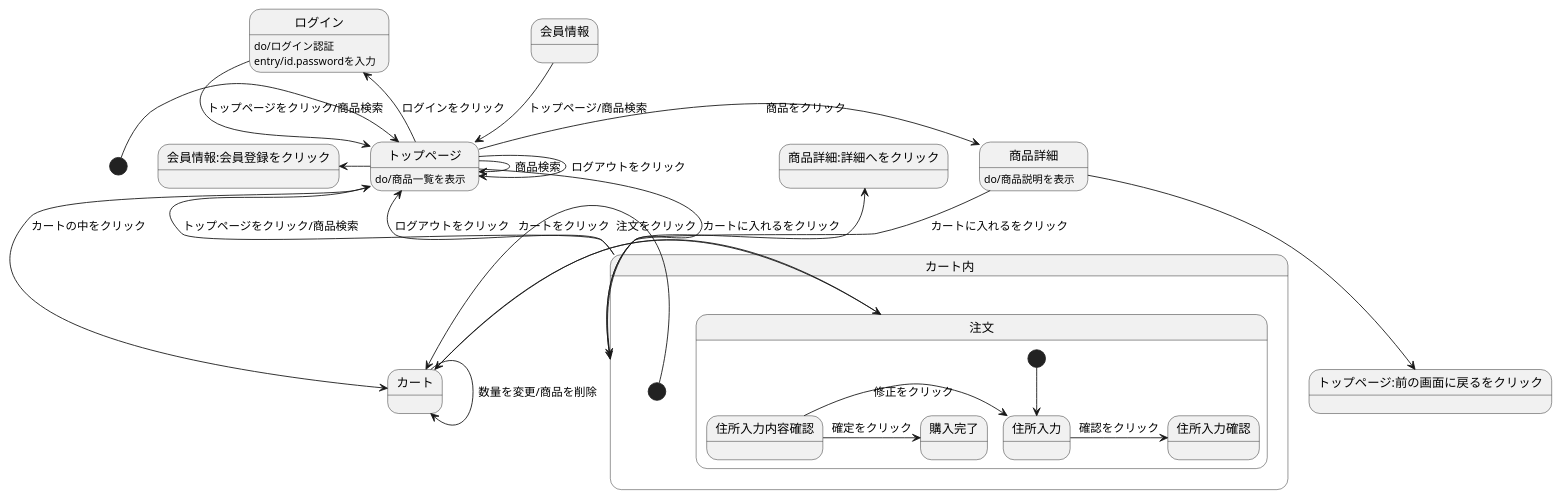
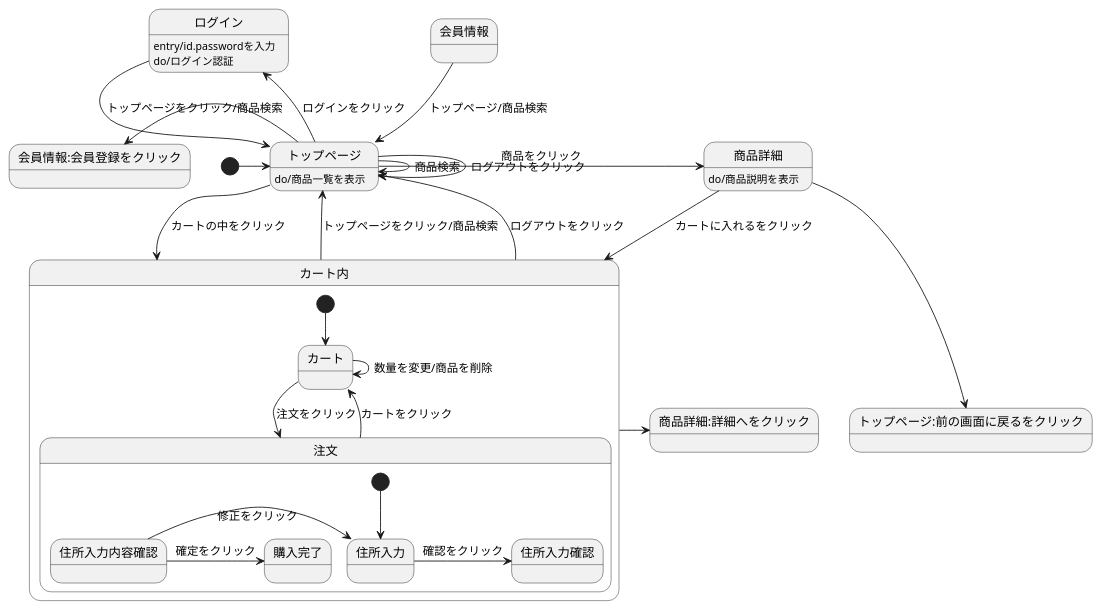
Before and after one commit to Aso2001183/2021sys-design: the diagram in stm01.md, drawn with PlantUML.

````diff
--- a/stm01.md
+++ b/stm01.md
@@ -1,37 +1,35 @@
 ```uml
 @startuml
-
 [*] -> トップページ
 会員情報 --> トップページ : トップページ/商品検索
 ログイン --> トップページ : トップページをクリック/商品検索
+ログイン : entry/id.passwordを入力 
 ログイン : do/ログイン認証
-ログイン : entry/id.passwordを入力
 トップページ --> トップページ :ログアウトをクリック
 トップページ -> トップページ :商品検索
 トップページ -> 商品詳細 :商品をクリック
 トップページ -left-> 会員情報:会員登録をクリック 
 トップページ -left-> ログイン :ログインをクリック
-トップページ --> カート内: カートに入れるをクリック
-トップページ --> カート : カートの中をクリック
+トップページ --> カート内 : カートの中をクリック
 トップページ :do/商品一覧を表示
 商品詳細 --> カート内: カートに入れるをクリック
 商品詳細 --> トップページ:前の画面に戻るをクリック
 商品詳細 :do/商品説明を表示
 カート内 -up-> トップページ: トップページをクリック/商品検索
 カート内 -up-> トップページ: ログアウトをクリック
-カート内 -up-> 商品詳細:詳細へをクリック
+カート内 -> 商品詳細:詳細へをクリック
 
 state カート内{
 [*] --> カート
 カート -> 注文 : 注文をクリック
 カート -> カート : 数量を変更/商品を削除
-注文 -> カート : カートをクリック
+注文 --> カート : カートをクリック
 state 注文{
 [*] --> 住所入力
 住所入力 -> 住所入力確認 : 確認をクリック
 住所入力内容確認 -> 住所入力 : 修正をクリック
 住所入力内容確認 -> 購入完了 : 確定をクリック
-}
+    }
 }
 @enduml
 ```
````
